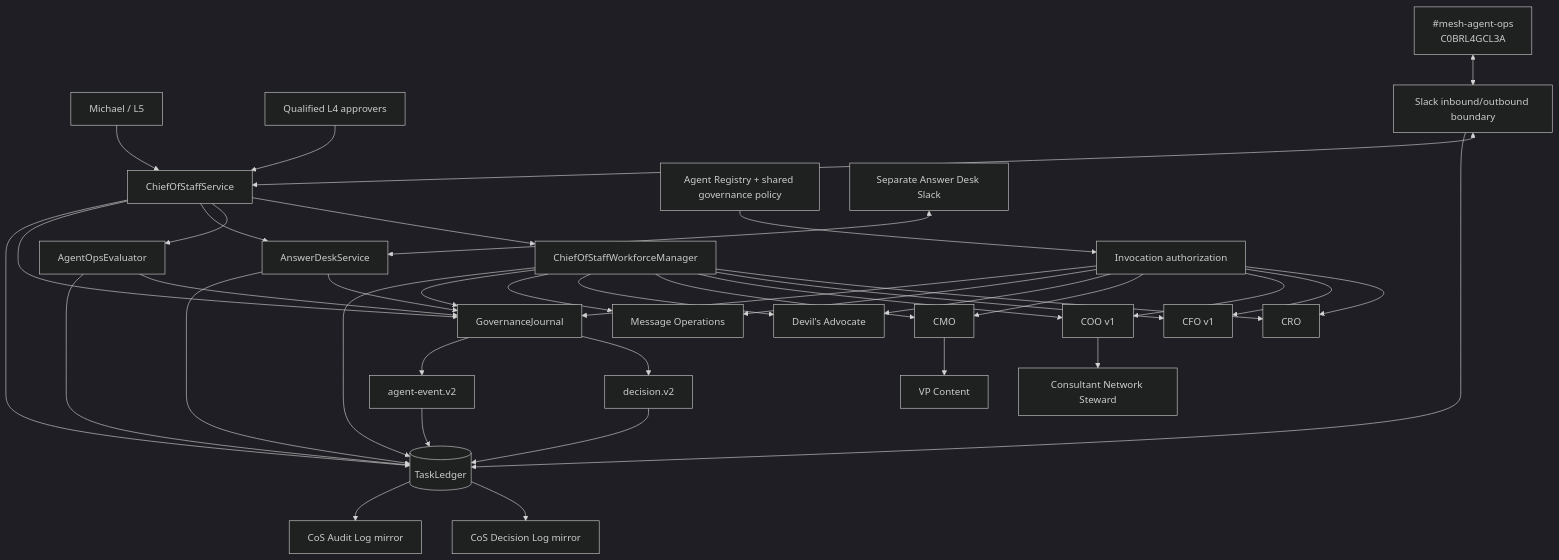
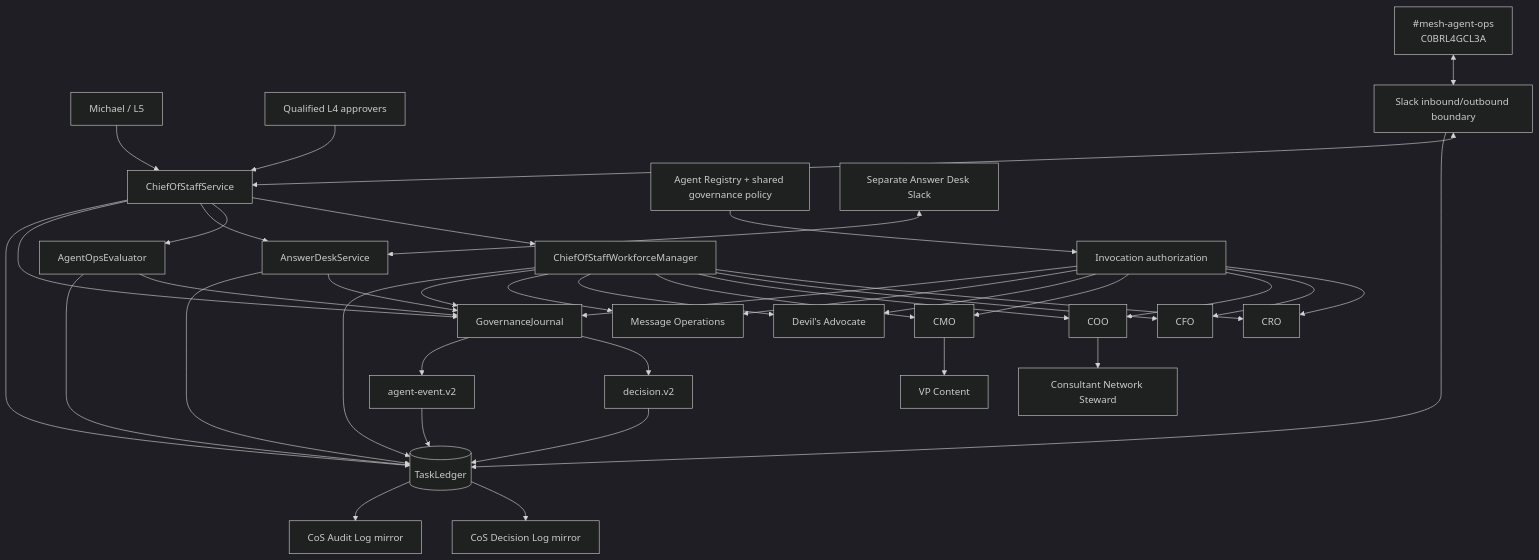
Before and after one commit to mkleinbe/mesh-ai-agent-cos-universe: the first of 3 diagrams in docs/architecture.md, drawn with Mermaid (dark theme). The commit also changed other lines of this file, not shown here.

Commit message:
docs: align architecture to canonical role identities

````diff
--- a/docs/architecture.md
+++ b/docs/architecture.md
@@ -9,46 +9,46 @@
 ```mermaid
 flowchart TB
     CEO[Michael / L5] --> COS[ChiefOfStaffService]
     APPROVER[Qualified L4 approvers] --> COS
     COS --> WM[ChiefOfStaffWorkforceManager]
     COS --> AO[AgentOpsEvaluator]
     COS --> AD[AnswerDeskService]
     WM --> CRO[CRO]
-    WM --> CFO[CFO v1]
-    WM --> COO[COO v1]
+    WM --> CFO[CFO]
+    WM --> COO[COO]
     WM --> CMO[CMO]
     WM --> DA[Devil's Advocate]
     WM --> MO[Message Operations]
     COO --> CNS[Consultant Network Steward]
     CMO --> VPC[VP Content]
 
     REG[Agent Registry + shared governance policy] --> AUTH[Invocation authorization]
     AUTH --> CRO
     AUTH --> CFO
     AUTH --> COO
     AUTH --> CMO
     AUTH --> DA
     AUTH --> MO
 
     COS --> GOV[GovernanceJournal]
     WM --> GOV
     AO --> GOV
     AD --> GOV
     AUTH --> GOV
     GOV --> DEC[decision.v2]
     GOV --> EVT[agent-event.v2]
     DEC --> LEDGER[(TaskLedger)]
     EVT --> LEDGER
     COS --> LEDGER
     WM --> LEDGER
     AO --> LEDGER
     AD --> LEDGER
 
     LEDGER --> DLOG[CoS Decision Log mirror]
     LEDGER --> ALOG[CoS Audit Log mirror]
 
     OPS[#mesh-agent-ops\nC0BRL4GCL3A] <--> SLACK[Slack inbound/outbound boundary]
     SLACK <--> COS
     SLACK --> LEDGER
     ADS[Separate Answer Desk Slack] <--> AD
 ```
````
